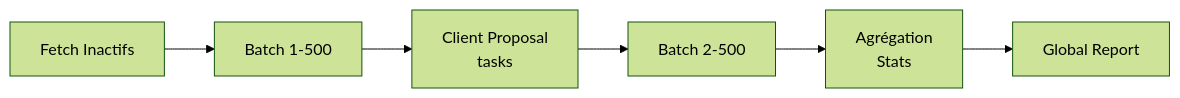
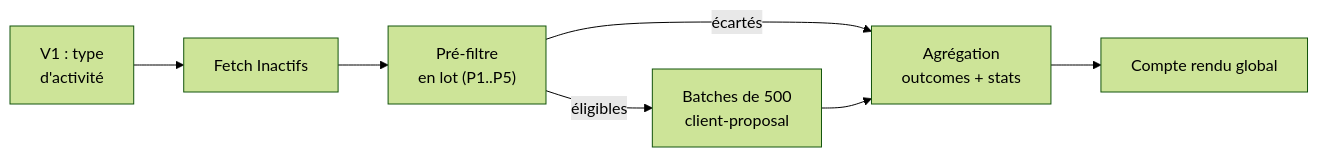
The diagram in docs/tasks/orchestrator.md (dimitrileduc/auto-proposal), drawn with Mermaid (forest theme) before and after one commit. The commit also changed other lines of this file and 117 other files, not shown here.

````diff
--- a/docs/tasks/orchestrator.md
+++ b/docs/tasks/orchestrator.md
@@ -11,8 +11,9 @@
 ```mermaid
 flowchart LR
-    A["Fetch Inactifs"] --> B["Batch 1-500"]
-    B --> C["Client Proposal<br/>tasks"]
-    C --> D["Batch 2-500"]
-    D --> E["Agrégation<br/>Stats"]
-    E --> F["Global Report"]
+    V["V1 : type<br/>d'activité"] --> A["Fetch Inactifs"]
+    A --> P["Pré-filtre<br/>en lot (P1..P5)"]
+    P -->|éligibles| B["Batches de 500<br/>client-proposal"]
+    P -->|écartés| E["Agrégation<br/>outcomes + stats"]
+    B --> E
+    E --> F["Compte rendu global"]
 ```
````
